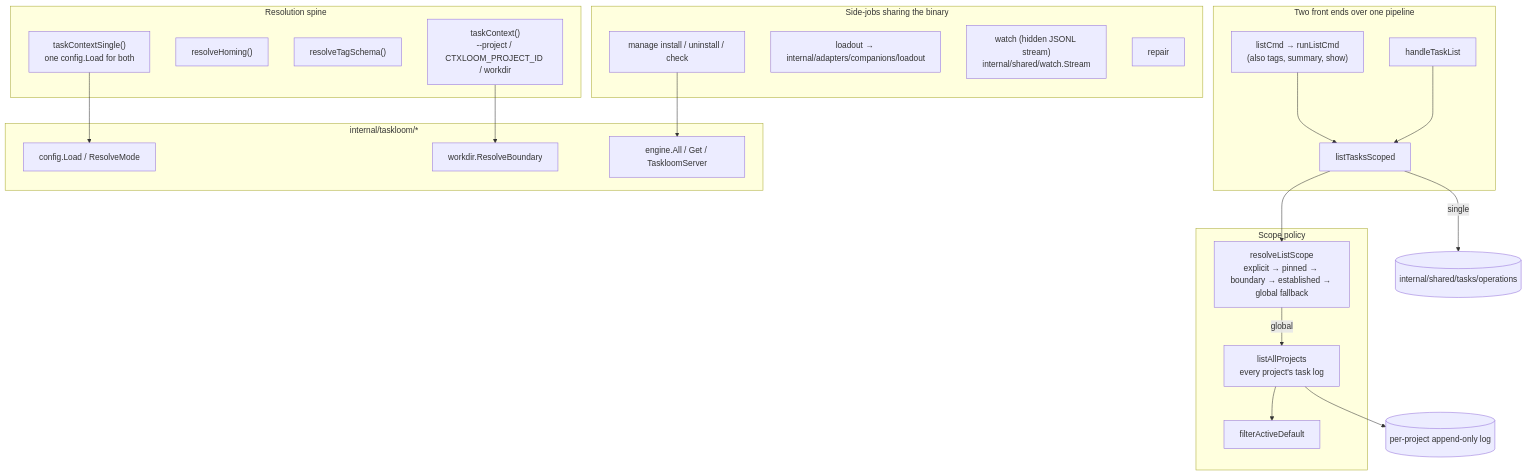
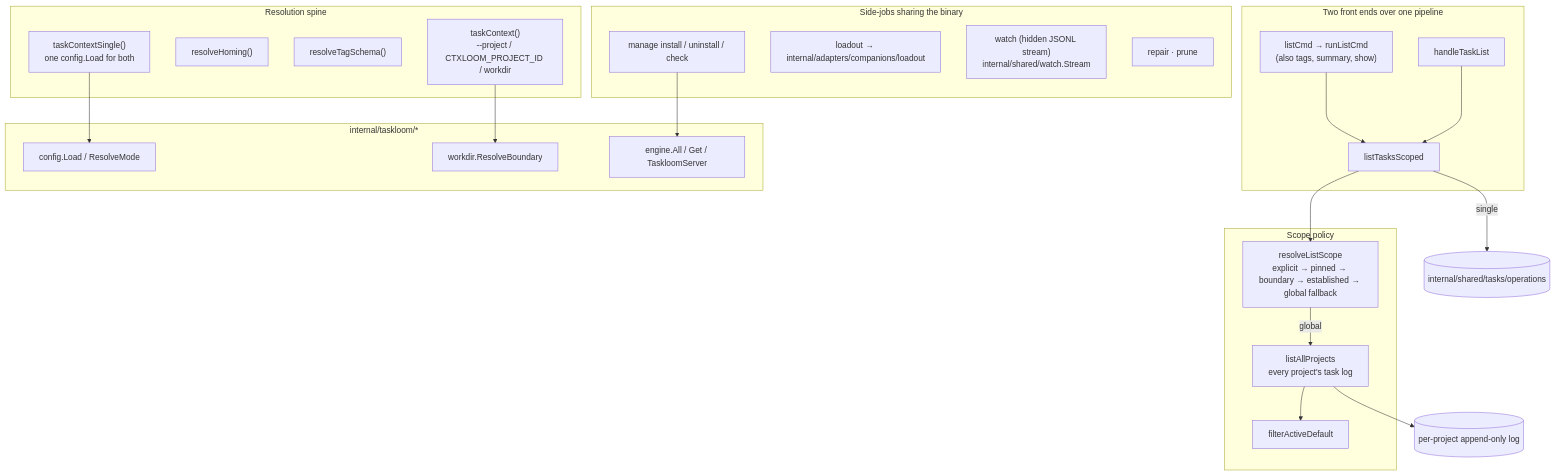
Before and after one commit to ctxloom/ctxloom: the diagram in docs/architecture/companions/taskloom.md, drawn with Mermaid. The commit also changed other lines of this file and 5 other files, not shown here.

````diff
--- a/docs/architecture/companions/taskloom.md
+++ b/docs/architecture/companions/taskloom.md
@@ -21,44 +21,44 @@
 ```mermaid
 flowchart TD
     subgraph front["Two front ends over one pipeline"]
       CLI["listCmd → runListCmd<br/>(also tags, summary, show)"]
       MCPT["handleTaskList"]
       LTS["listTasksScoped"]
       CLI --> LTS
       MCPT --> LTS
     end
 
     subgraph resolve["Resolution spine"]
       TC["taskContext()<br/>--project / CTXLOOM_PROJECT_ID / workdir"]
       RH["resolveHoming()"]
       RTS["resolveTagSchema()"]
       TCS["taskContextSingle()<br/>one config.Load for both"]
     end
 
     subgraph scope["Scope policy"]
       RLS["resolveListScope<br/>explicit → pinned → boundary → established → global fallback"]
       LAP["listAllProjects<br/>every project's task log"]
       FAD["filterActiveDefault"]
     end
 
     subgraph cfg["internal/taskloom/*"]
       CONF["config.Load / ResolveMode"]
       WD["workdir.ResolveBoundary"]
       ENG["engine.All / Get / TaskloomServer"]
     end
 
     LTS --> RLS
     TCS --> CONF
     TC --> WD
     RLS -->|global| LAP --> FAD
     LTS -->|single| OPS[("internal/shared/tasks/operations")]
     LAP --> STORE[("per-project append-only log")]
 
     subgraph side["Side-jobs sharing the binary"]
       MGR["manage install / uninstall / check"]
       LD["loadout → internal/adapters/companions/loadout"]
       WATCH["watch (hidden JSONL stream)<br/>internal/shared/watch.Stream"]
-      REP["repair"]
+      REP["repair · prune"]
     end
     MGR --> ENG
 ```
````
